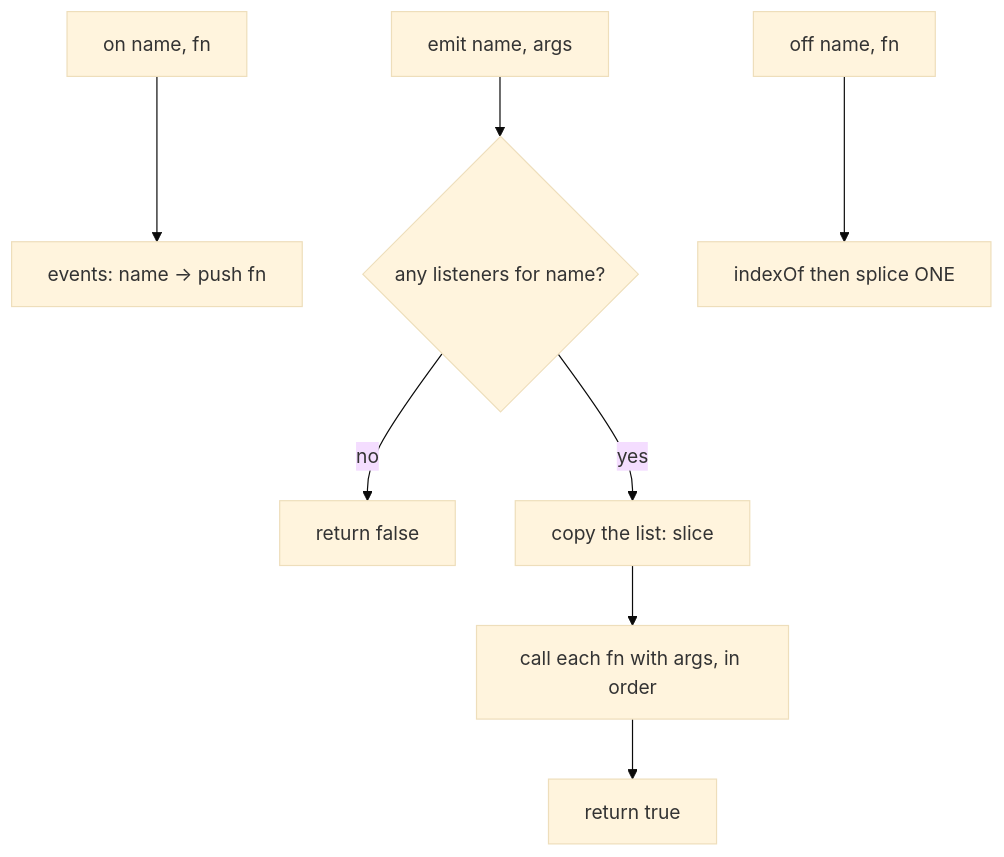
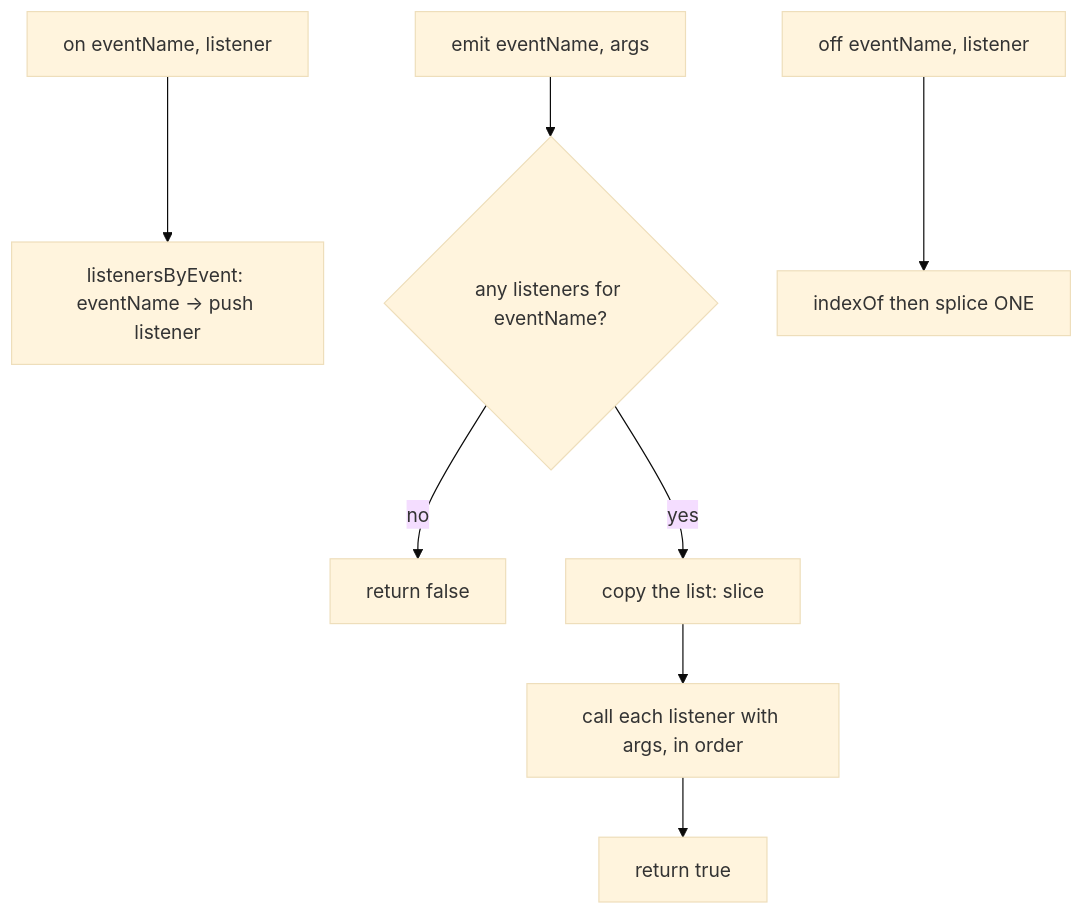
One commit to Albertobar94/fullstack-engineering-interview-questions changed the diagram in frontend/events/event-emitter/README.md. Above: the diagram before and after it, drawn with Mermaid (base theme). The commit also changed other lines of this file and 21 other files, not shown here.

````diff
--- a/frontend/events/event-emitter/README.md
+++ b/frontend/events/event-emitter/README.md
@@ -81,10 +99,10 @@
 ```mermaid
 flowchart TD
-    A[on name, fn] --> B[events: name -> push fn]
-    C[emit name, args] --> D{any listeners for name?}
+    A[on eventName, listener] --> B[listenersByEvent: eventName -> push listener]
+    C[emit eventName, args] --> D{any listeners for eventName?}
     D -- no --> E[return false]
     D -- yes --> F[copy the list: slice]
-    F --> G[call each fn with args, in order]
+    F --> G[call each listener with args, in order]
     G --> H[return true]
-    I[off name, fn] --> J[indexOf then splice ONE]
+    I[off eventName, listener] --> J[indexOf then splice ONE]
 ```
````
